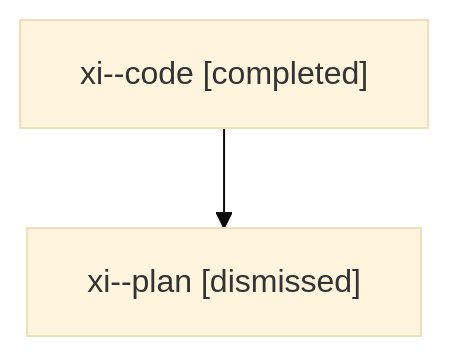
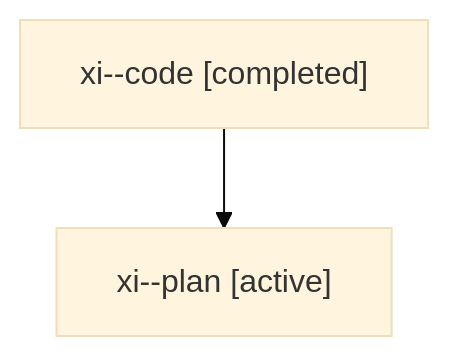
The diagram in families/bbugyi200.athena.xi.md (sase-org/sase--agents), drawn with Mermaid (base theme) before and after one commit. The commit also changed other lines of this file and 35830 other files, not shown here.

````diff
--- a/families/bbugyi200.athena.xi.md
+++ b/families/bbugyi200.athena.xi.md
@@ -9,6 +9,6 @@
 ```mermaid
 flowchart TD
   n0["xi--code [completed]"]
-  n1["xi--plan [dismissed]"]
+  n1["xi--plan [active]"]
   n0 --> n1
 ```
````
